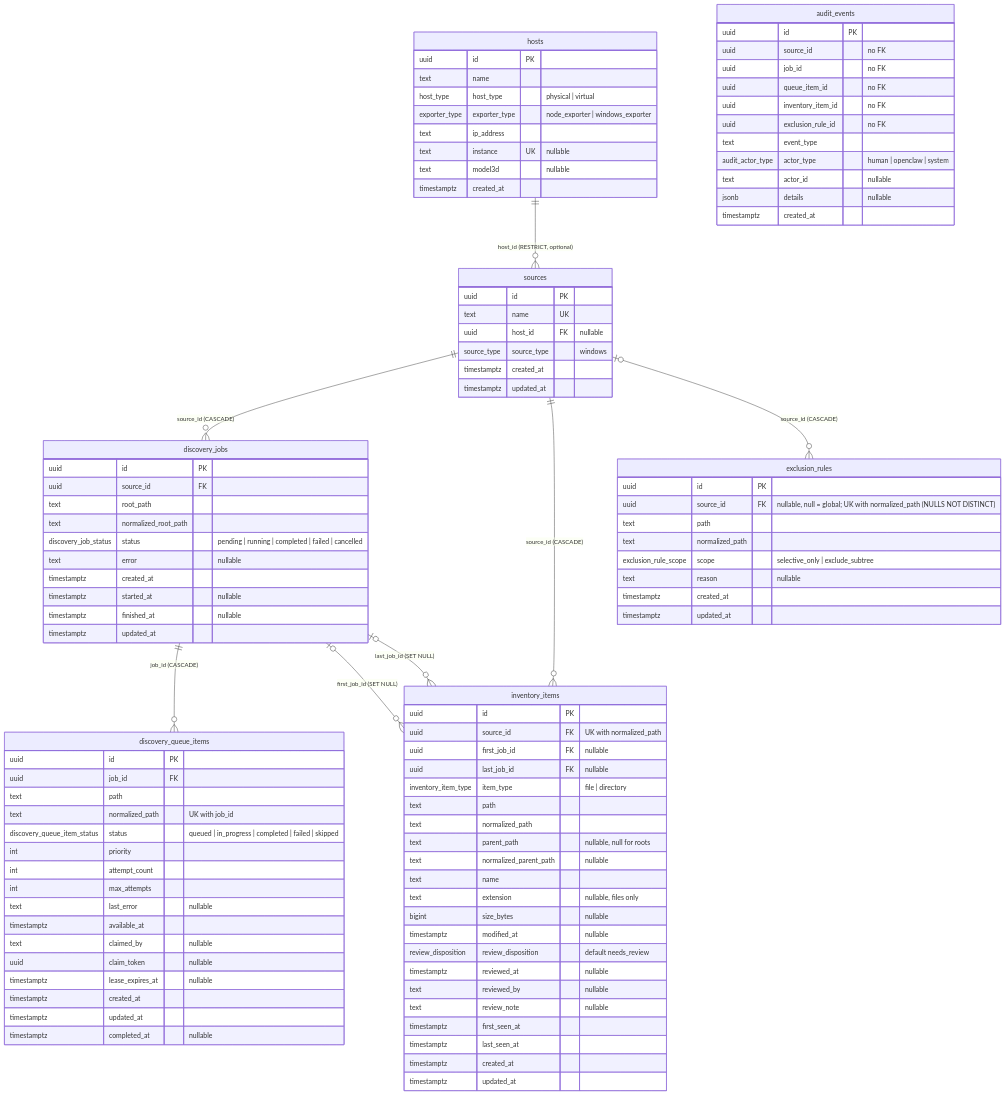
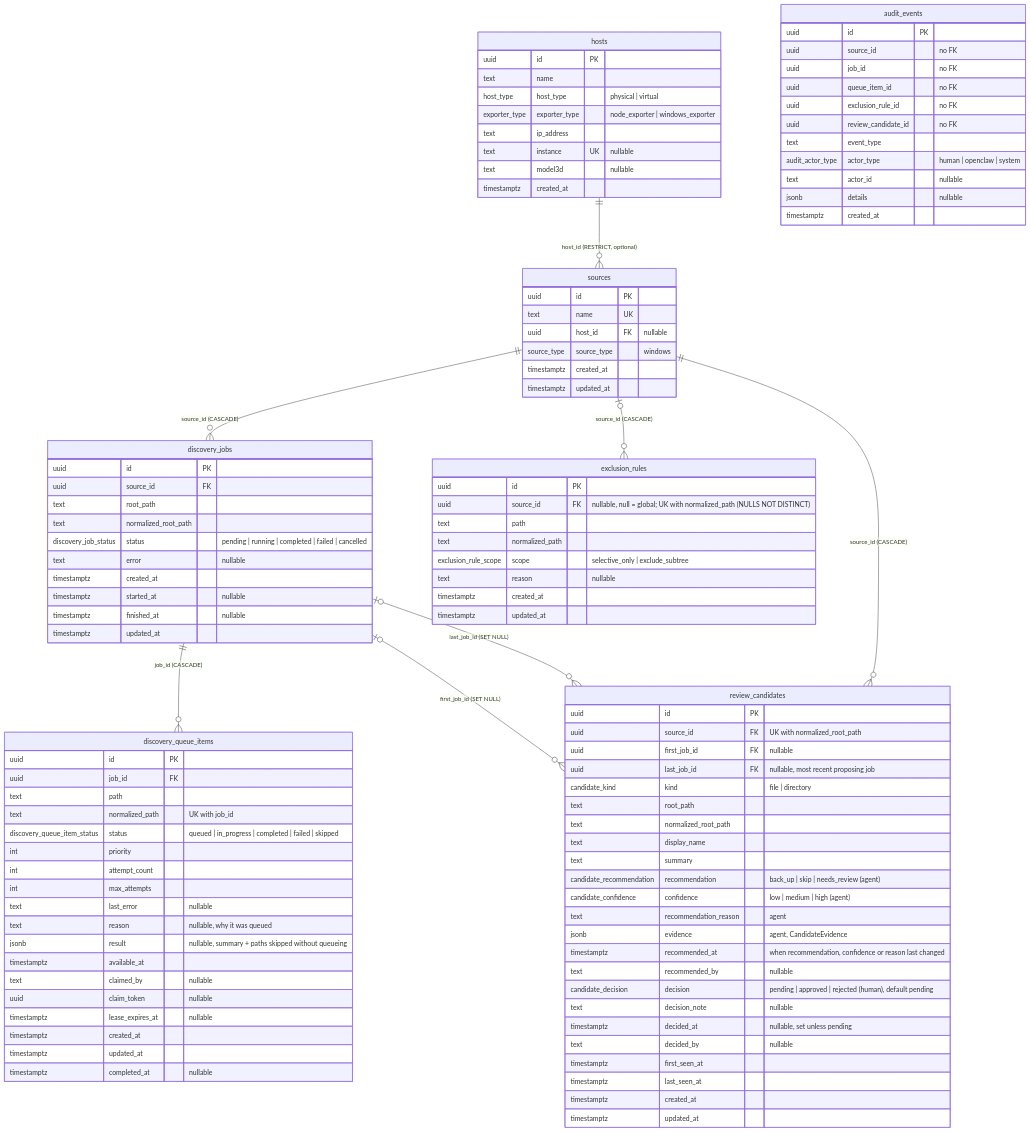
The diagram in packages/homelab-db/ERD.md (pbabbott/home-web-apps), drawn with Mermaid before and after one commit. The commit also changed other lines of this file and 87 other files, not shown here.

```diff
--- a/packages/homelab-db/ERD.md
+++ b/packages/homelab-db/ERD.md
@@ -7,10 +7,10 @@
     hosts ||--o{ sources : "host_id (RESTRICT, optional)"
     sources ||--o{ discovery_jobs : "source_id (CASCADE)"
     discovery_jobs ||--o{ discovery_queue_items : "job_id (CASCADE)"
-    sources ||--o{ inventory_items : "source_id (CASCADE)"
     sources |o--o{ exclusion_rules : "source_id (CASCADE)"
-    discovery_jobs |o--o{ inventory_items : "first_job_id (SET NULL)"
-    discovery_jobs |o--o{ inventory_items : "last_job_id (SET NULL)"
+    sources ||--o{ review_candidates : "source_id (CASCADE)"
+    discovery_jobs |o--o{ review_candidates : "first_job_id (SET NULL)"
+    discovery_jobs |o--o{ review_candidates : "last_job_id (SET NULL)"
 
     hosts {
         uuid id PK
@@ -55,6 +55,8 @@
         int attempt_count
         int max_attempts
         text last_error "nullable"
+        text reason "nullable, why it was queued"
+        jsonb result "nullable, summary + paths skipped without queueing"
         timestamptz available_at
         text claimed_by "nullable"
         uuid claim_token "nullable"
@@ -64,24 +66,26 @@
         timestamptz completed_at "nullable"
     }
 
-    inventory_items {
+    review_candidates {
         uuid id PK
-        uuid source_id FK "UK with normalized_path"
+        uuid source_id FK "UK with normalized_root_path"
         uuid first_job_id FK "nullable"
-        uuid last_job_id FK "nullable"
-        inventory_item_type item_type "file | directory"
-        text path
-        text normalized_path
-        text parent_path "nullable, null for roots"
-        text normalized_parent_path "nullable"
-        text name
-        text extension "nullable, files only"
-        bigint size_bytes "nullable"
-        timestamptz modified_at "nullable"
-        review_disposition review_disposition "default needs_review"
-        timestamptz reviewed_at "nullable"
-        text reviewed_by "nullable"
-        text review_note "nullable"
+        uuid last_job_id FK "nullable, most recent proposing job"
+        candidate_kind kind "file | directory"
+        text root_path
+        text normalized_root_path
+        text display_name
+        text summary
+        candidate_recommendation recommendation "back_up | skip | needs_review (agent)"
+        candidate_confidence confidence "low | medium | high (agent)"
+        text recommendation_reason "agent"
+        jsonb evidence "agent, CandidateEvidence"
+        timestamptz recommended_at "when recommendation, confidence or reason last changed"
+        text recommended_by "nullable"
+        candidate_decision decision "pending | approved | rejected (human), default pending"
+        text decision_note "nullable"
+        timestamptz decided_at "nullable, set unless pending"
+        text decided_by "nullable"
         timestamptz first_seen_at
         timestamptz last_seen_at
         timestamptz created_at
@@ -104,8 +108,8 @@
         uuid source_id "no FK"
         uuid job_id "no FK"
         uuid queue_item_id "no FK"
-        uuid inventory_item_id "no FK"
         uuid exclusion_rule_id "no FK"
+        uuid review_candidate_id "no FK"
         text event_type
         audit_actor_type actor_type "human | openclaw | system"
         text actor_id "nullable"
```
